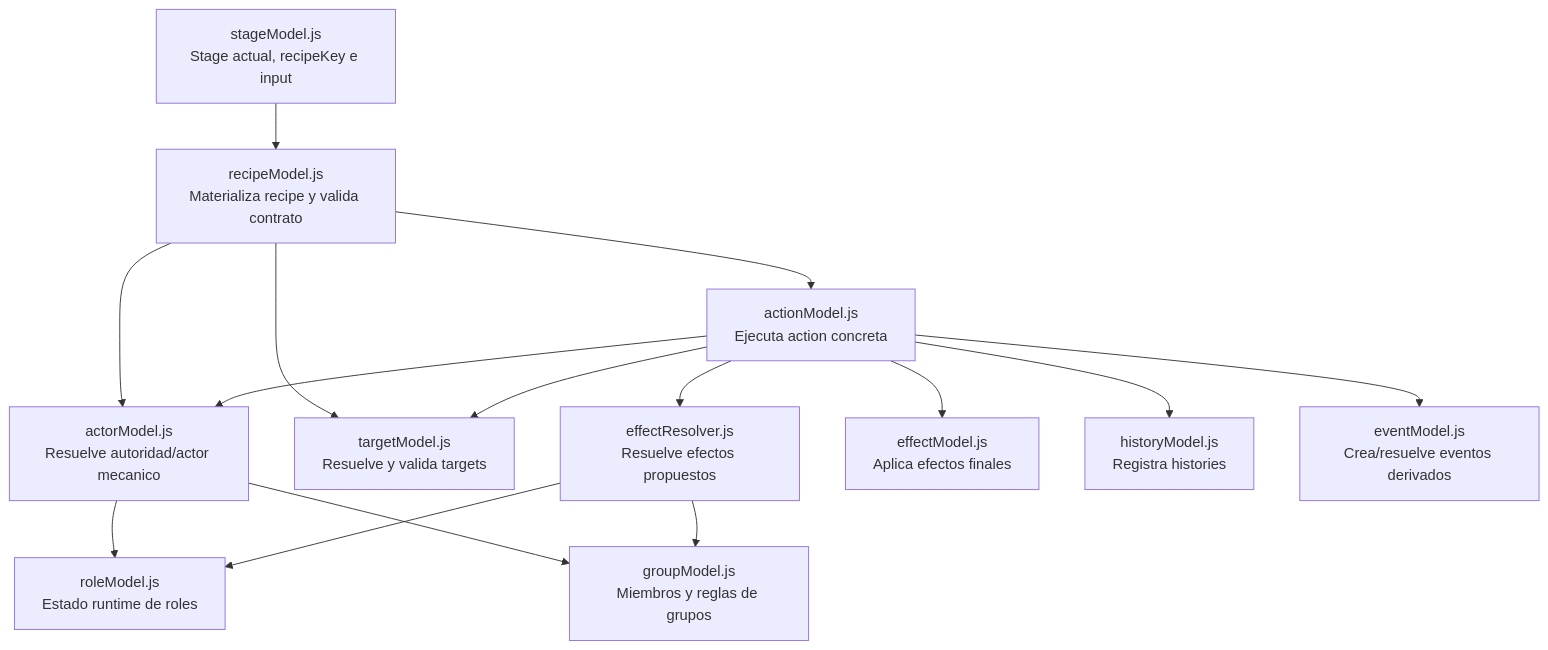
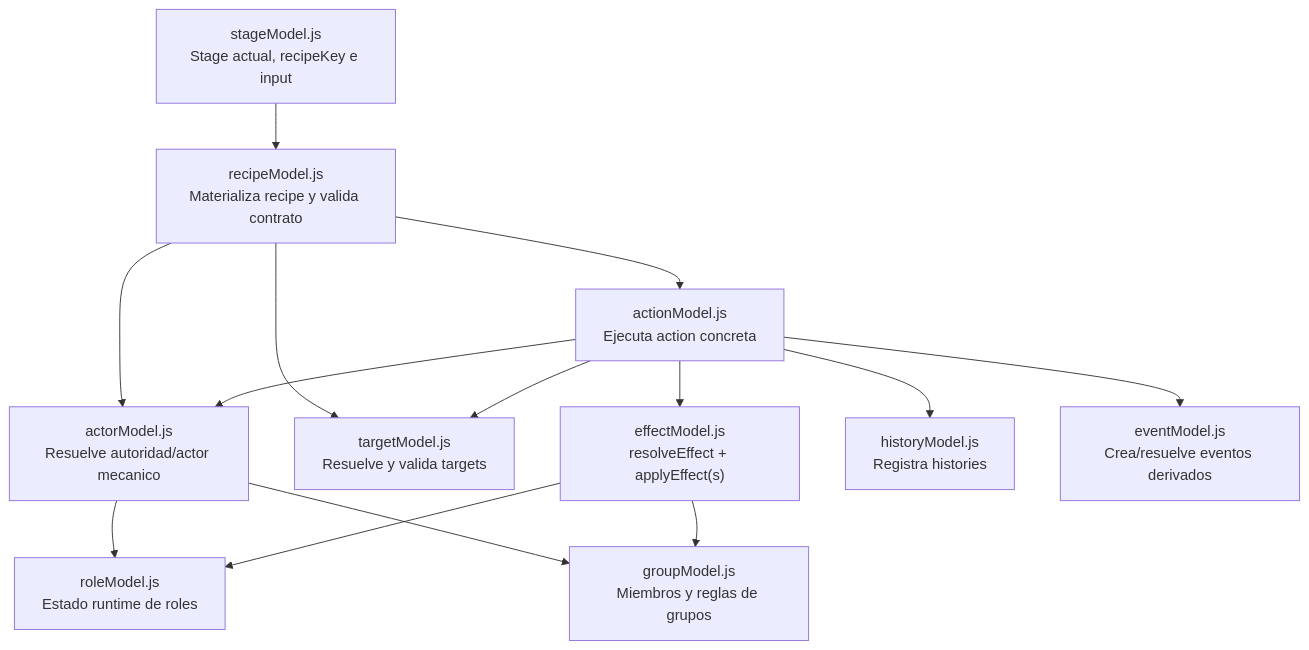
The first of 2 diagrams in docs/actor_model.md (juanramonmorandeira/castronegro-director), drawn with Mermaid before and after one commit. The commit also changed other lines of this file and 9 other files, not shown here.

Commit message:
Consolidate effect resolution in effect model

````diff
--- a/docs/actor_model.md
+++ b/docs/actor_model.md
@@ -17,29 +17,27 @@
 ```mermaid
 flowchart TD
   stageModel["stageModel.js<br/>Stage actual, recipeKey e input"]
   recipeModel["recipeModel.js<br/>Materializa recipe y valida contrato"]
   actorModel["actorModel.js<br/>Resuelve autoridad/actor mecanico"]
   targetModel["targetModel.js<br/>Resuelve y valida targets"]
   actionModel["actionModel.js<br/>Ejecuta action concreta"]
-  effectResolver["effectResolver.js<br/>Resuelve efectos propuestos"]
-  effectModel["effectModel.js<br/>Aplica efectos finales"]
+  effectModel["effectModel.js<br/>resolveEffect + applyEffect(s)"]
   historyModel["historyModel.js<br/>Registra histories"]
   eventModel["eventModel.js<br/>Crea/resuelve eventos derivados"]
   roleModel["roleModel.js<br/>Estado runtime de roles"]
   groupModel["groupModel.js<br/>Miembros y reglas de grupos"]
 
   stageModel --> recipeModel
   recipeModel --> actorModel
   recipeModel --> targetModel
   recipeModel --> actionModel
   actorModel --> roleModel
   actorModel --> groupModel
   actionModel --> actorModel
   actionModel --> targetModel
-  actionModel --> effectResolver
-  effectResolver --> groupModel
-  effectResolver --> roleModel
   actionModel --> effectModel
+  effectModel --> groupModel
+  effectModel --> roleModel
   actionModel --> historyModel
   actionModel --> eventModel
 ```
````
